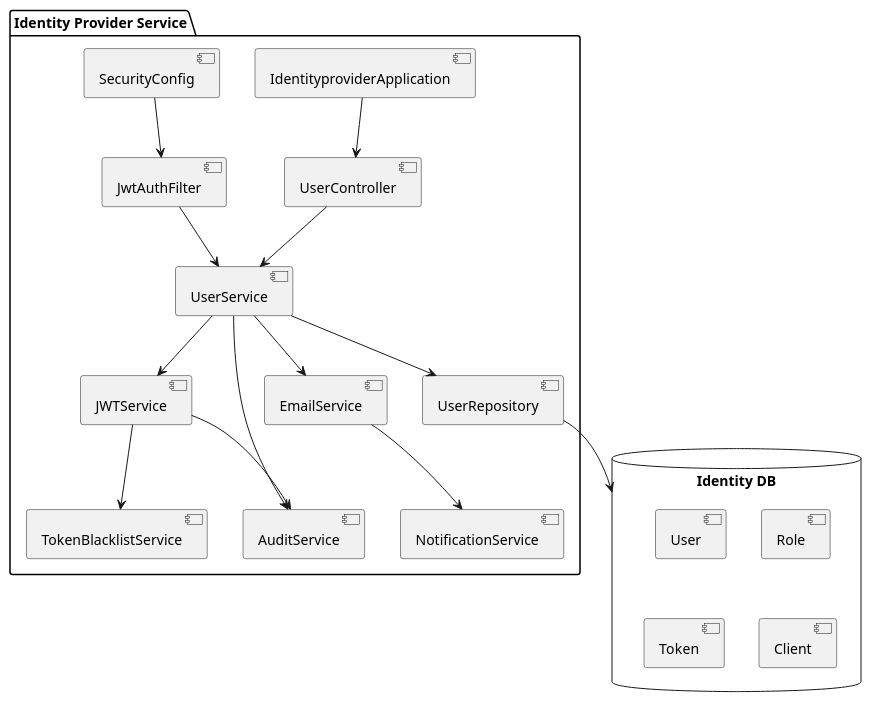
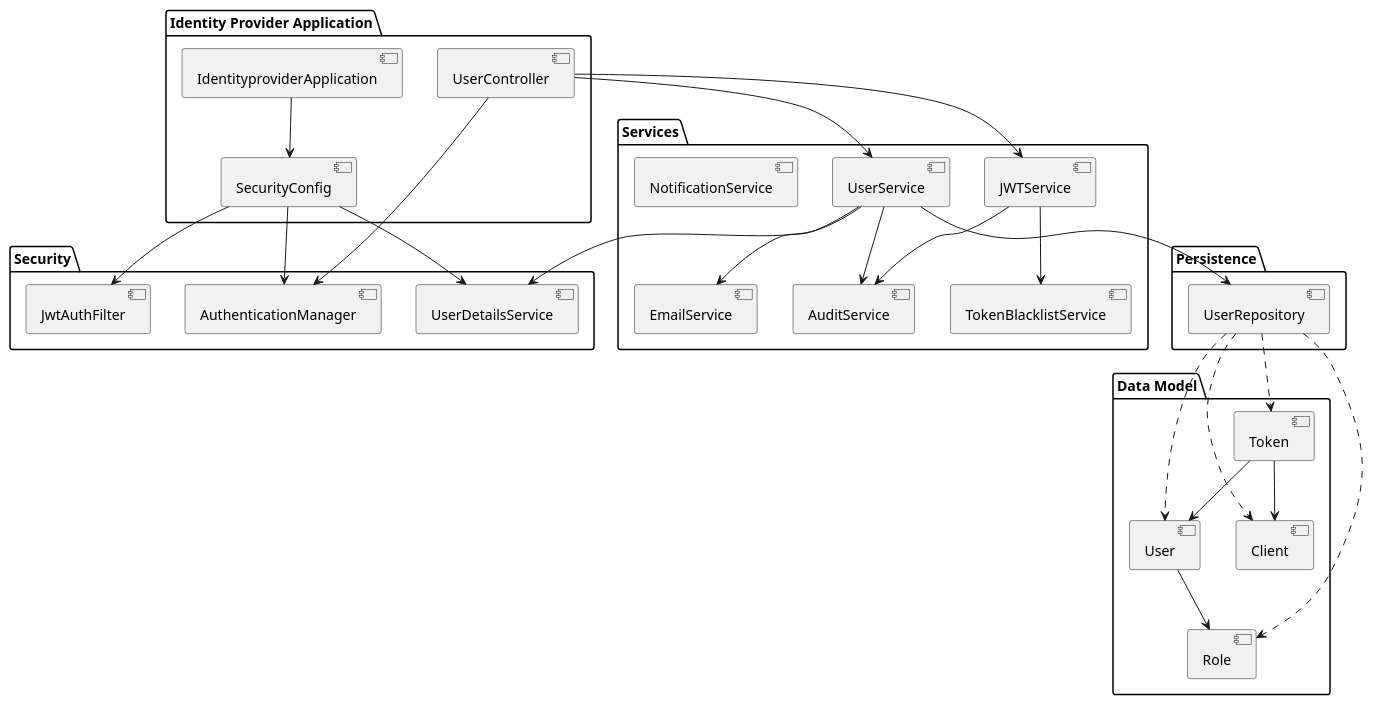
Before and after one commit to shreya-cn/autodev.ai: the diagram in identityprovider/documentation/architecturedesign.adoc, drawn with PlantUML. The commit also changed other lines of this file and 3 other files, not shown here.

````diff
--- a/identityprovider/documentation/architecturedesign.adoc
+++ b/identityprovider/documentation/architecturedesign.adoc
@@ -11,37 +9,62 @@
-```plantuml
+[plantuml, diagram-arch, png]
+----
 @startuml
-package "Identity Provider Service" {
-    [IdentityproviderApplication] as App
-    [UserController] as Controller
-    [UserService] as UserService
-    [JWTService] as JWTService
-    [SecurityConfig] as SecurityConfig
-    [JwtAuthFilter] as JwtAuthFilter
-    [UserRepository] as UserRepository
-    [AuditService] as AuditService
-    [EmailService] as EmailService
-    [NotificationService] as NotificationService
-    [TokenBlacklistService] as TokenBlacklistService
+package "Identity Provider Application" {
+  [IdentityproviderApplication] as App
+  [SecurityConfig] as SecConfig
+  [UserController] as UserCtrl
 }
 
-database "Identity DB" {
-    [User]
-    [Role]
-    [Token]
-    [Client]
+package "Security" {
+  [JwtAuthFilter] as JwtFilter
+  [UserDetailsService] as UserDetailsSvc
+  [AuthenticationManager] as AuthManager
 }
 
-App --> Controller
-Controller --> UserService
-UserService --> UserRepository
-UserService --> AuditService
-UserService --> EmailService
-UserService --> JWTService
-JWTService --> AuditService
-JWTService --> TokenBlacklistService
-EmailService --> NotificationService
-SecurityConfig --> JwtAuthFilter
-JwtAuthFilter --> UserService
-UserRepository --> [Identity DB]
+package "Data Model" {
+  [User]
+  [Role]
+  [Client]
+  [Token]
+}
+
+package "Persistence" {
+  [UserRepository] as UserRepo
+}
+
+package "Services" {
+  [UserService] as UserSvc
+  [JWTService] as JWT
+  [AuditService] as AuditSvc
+  [EmailService] as EmailSvc
+  [NotificationService] as NotificationSvc
+  [TokenBlacklistService] as TokenBlacklistSvc
+}
+
+App --> SecConfig
+SecConfig --> JwtFilter
+SecConfig --> UserDetailsSvc
+SecConfig --> AuthManager
+UserCtrl --> AuthManager
+UserCtrl --> JWT
+UserCtrl --> UserSvc
+
+UserSvc --> UserRepo
+UserSvc --> AuditSvc
+UserSvc --> EmailSvc
+UserSvc --> UserDetailsSvc
+
+JWT --> AuditSvc
+JWT --> TokenBlacklistSvc
+
+UserRepo ..> User
+UserRepo ..> Role
+UserRepo ..> Client
+UserRepo ..> Token
+
+User --> Role
+Token --> User
+Token --> Client
+
 @enduml
-```
+----
````
